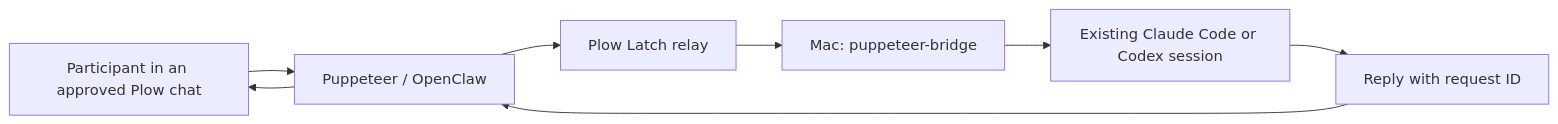
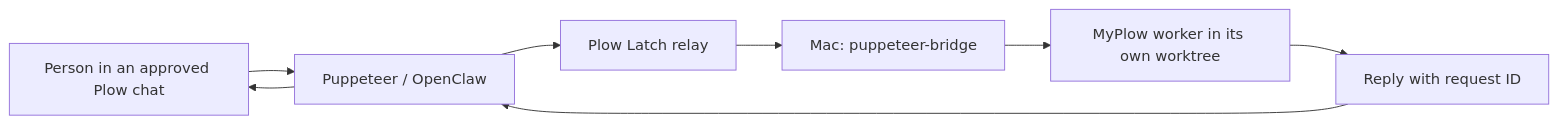
The diagram in README.md (EnzoTironi/puppeteer), drawn with Mermaid before and after one commit. The commit also changed other lines of this file and 4 other files, not shown here.

````diff
--- a/README.md
+++ b/README.md
@@ -212,10 +260,10 @@
 ```mermaid
 flowchart LR
-  Guest[Participant in an approved Plow chat] --> Cloud[Puppeteer / OpenClaw]
+  Guest[Person in an approved Plow chat] --> Cloud[Puppeteer / OpenClaw]
   Cloud --> Relay[Plow Latch relay]
   Relay --> Bridge[Mac: puppeteer-bridge]
-  Bridge --> Agent[Existing Claude Code or Codex session]
+  Bridge --> Agent[MyPlow worker in its own worktree]
   Agent --> Reply[Reply with request ID]
   Reply --> Cloud
   Cloud --> Guest
 ```
````
